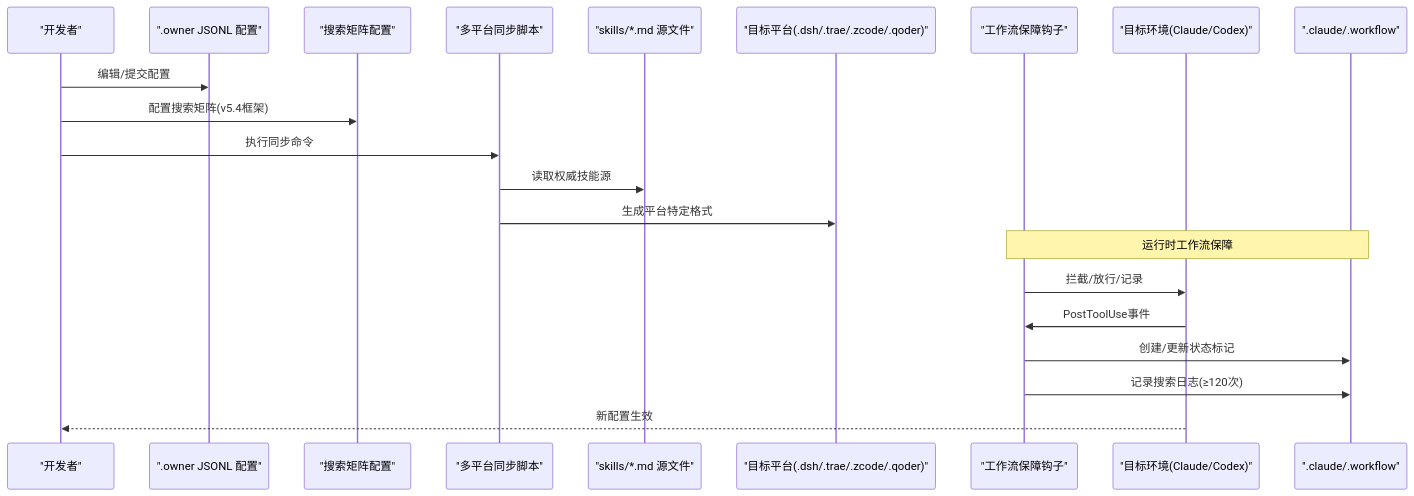
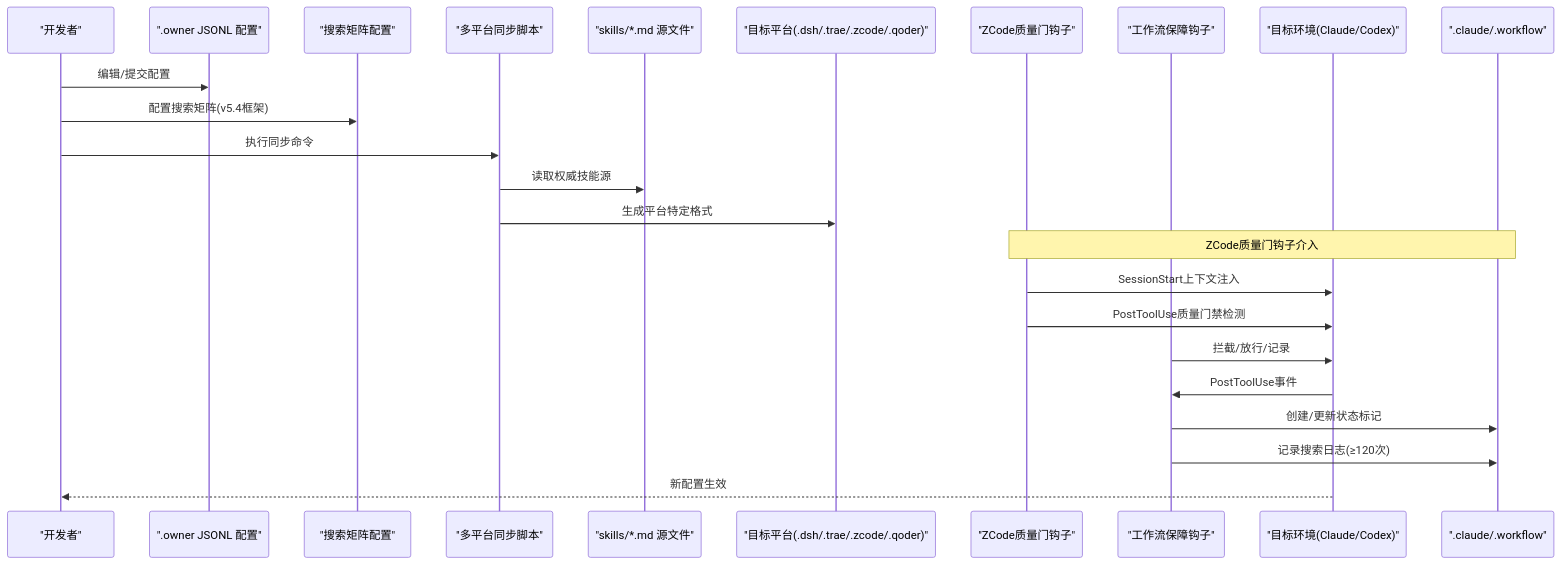
The second of 9 diagrams in .qoder/repowiki/zh/content/配置管理/配置管理.md (Ted-Engineer/ai-berkshire), drawn with Mermaid before and after one commit. The commit also changed other lines of this file and 76 other files, not shown here.

````diff
--- a/.qoder/repowiki/zh/content/配置管理/配置管理.md
+++ b/.qoder/repowiki/zh/content/配置管理/配置管理.md
@@ -147,23 +169,26 @@
 ```mermaid
 sequenceDiagram
 participant Dev as "开发者"
 participant Conf as ".owner JSONL 配置"
 participant Matrix as "搜索矩阵配置"
 participant Sync as "多平台同步脚本"
 participant Skills as "skills/*.md 源文件"
 participant Platforms as "目标平台(.dsh/.trae/.zcode/.qoder)"
+participant ZCodeHooks as "ZCode质量门钩子"
 participant Hooks as "工作流保障钩子"
 participant Target as "目标环境(Claude/Codex)"
 participant WF as ".claude/.workflow"
 Dev->>Conf : 编辑/提交配置
 Dev->>Matrix : 配置搜索矩阵(v5.4框架)
 Dev->>Sync : 执行同步命令
 Sync->>Skills : 读取权威技能源
 Sync->>Platforms : 生成平台特定格式
-Note over Hooks,WF : 运行时工作流保障
+Note over ZCodeHooks,WF : ZCode质量门钩子介入
+ZCodeHooks->>Target : SessionStart上下文注入
+ZCodeHooks->>Target : PostToolUse质量门禁检测
 Hooks->>Target : 拦截/放行/记录
 Target->>Hooks : PostToolUse事件
 Hooks->>WF : 创建/更新状态标记
 Hooks->>WF : 记录搜索日志(≥120次)
 Target-->>Dev : 新配置生效
 ```
````
